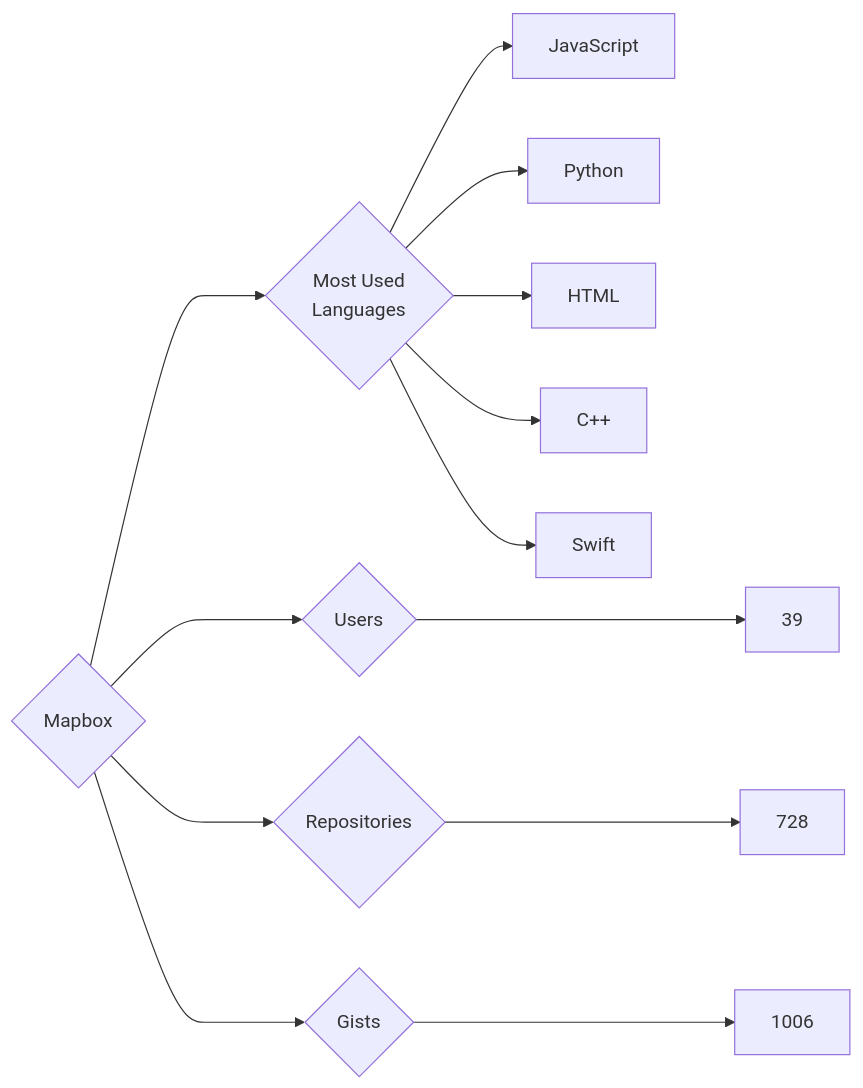
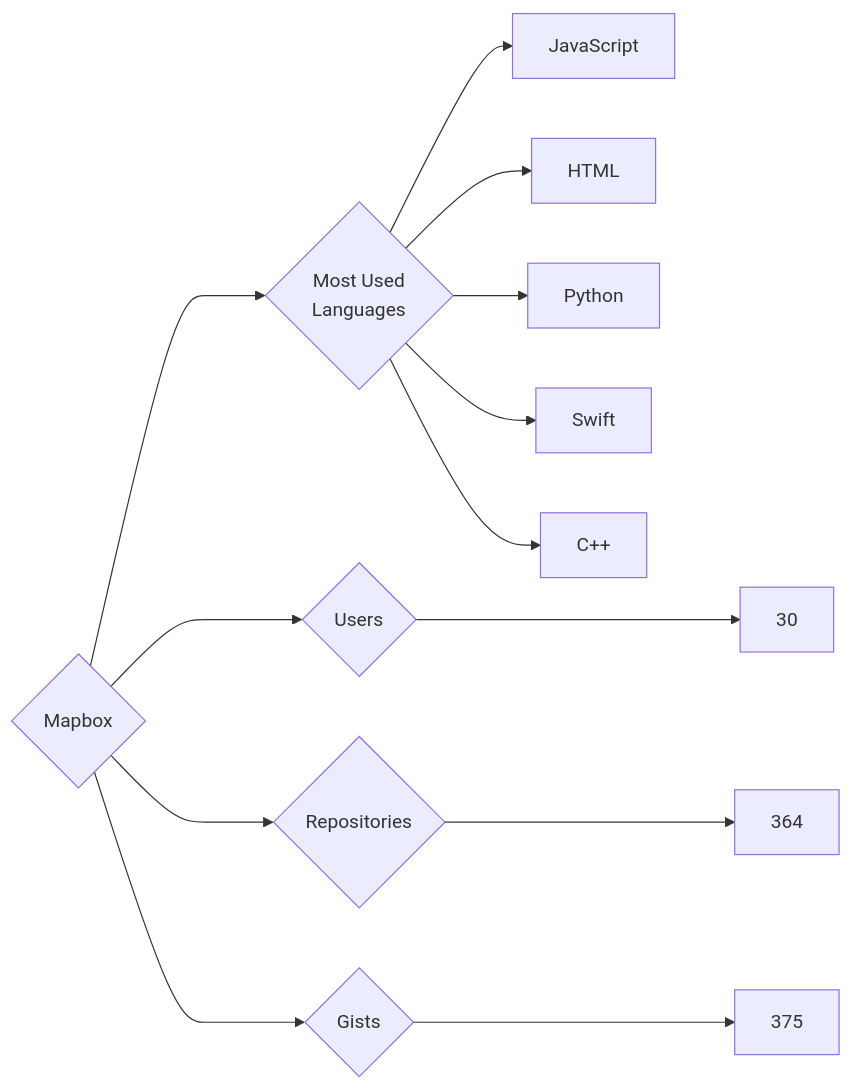
One commit to trickest/insiders changed the diagram in targets/Mapbox/README.md. Above: the diagram before and after it, drawn with Mermaid. The commit also changed 695 other files, not shown here.

````diff
--- a/targets/Mapbox/README.md
+++ b/targets/Mapbox/README.md
@@ -3,13 +3,13 @@
 ```mermaid
 graph LR
 COMPANY_NAME{Mapbox}
-COMPANY_NAME ---> U{Users} ---> UN[39]
-COMPANY_NAME ---> R{Repositories} ---> RN[728]
-COMPANY_NAME ---> G{Gists} ---> GN[1006]
+COMPANY_NAME ---> U{Users} ---> UN[30]
+COMPANY_NAME ---> R{Repositories} ---> RN[364]
+COMPANY_NAME ---> G{Gists} ---> GN[375]
 COMPANY_NAME ---> ML{Most Used<br>Languages}
 ML --> JavaScript[JavaScript]
+ML --> HTML[HTML]
 ML --> Python[Python]
-ML --> HTML[HTML]
+ML --> Swift[Swift]
 ML --> C++[C++]
-ML --> Swift[Swift]
 ```
````
